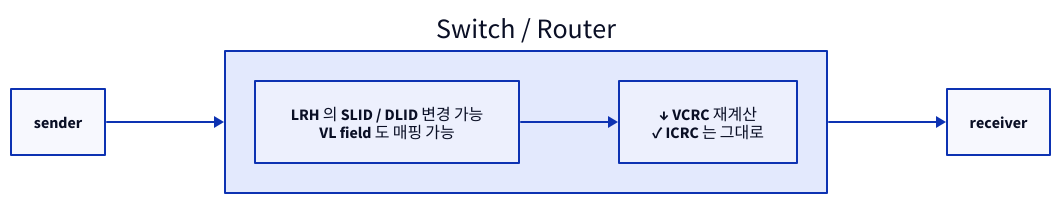
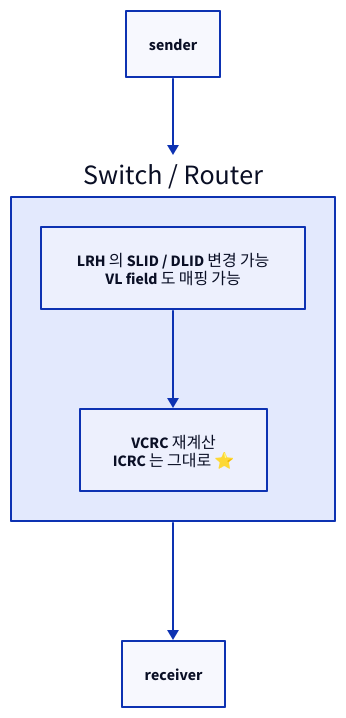
The fourth of 6 diagrams in topics/rdma/docs/02_ib_protocol_stack.md (humbleowl39/DV_SKOOL), drawn with D2 before and after one commit. The commit also changed other lines of this file and 90 other files, not shown here.

First line of the commit message:
docs: 전 토픽 다이어그램 정비 — ASCII→D2, mermaid→D2, 과대 D2 가시성 수정

````diff
--- a/topics/rdma/docs/02_ib_protocol_stack.md
+++ b/topics/rdma/docs/02_ib_protocol_stack.md
@@ -381,14 +368,14 @@
 ```d2
-direction: right
+direction: down
 
 SND: "sender"
 SW: "Switch / Router" {
   direction: down
   MUT: "LRH 의 SLID / DLID 변경 가능\nVL field 도 매핑 가능"
-  VR: "↓ VCRC 재계산\n✓ ICRC 는 그대로"
+  VR: "VCRC 재계산\nICRC 는 그대로 ⭐"
   MUT -> VR
 }
 RCV: "receiver"
 SND -> SW
 SW -> RCV
 ```
````
